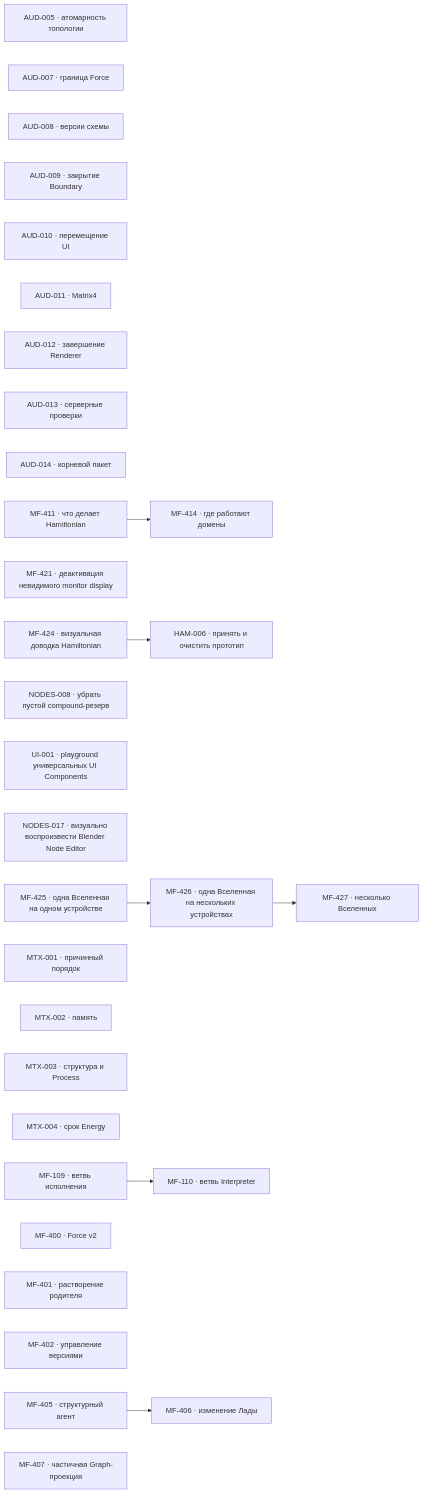
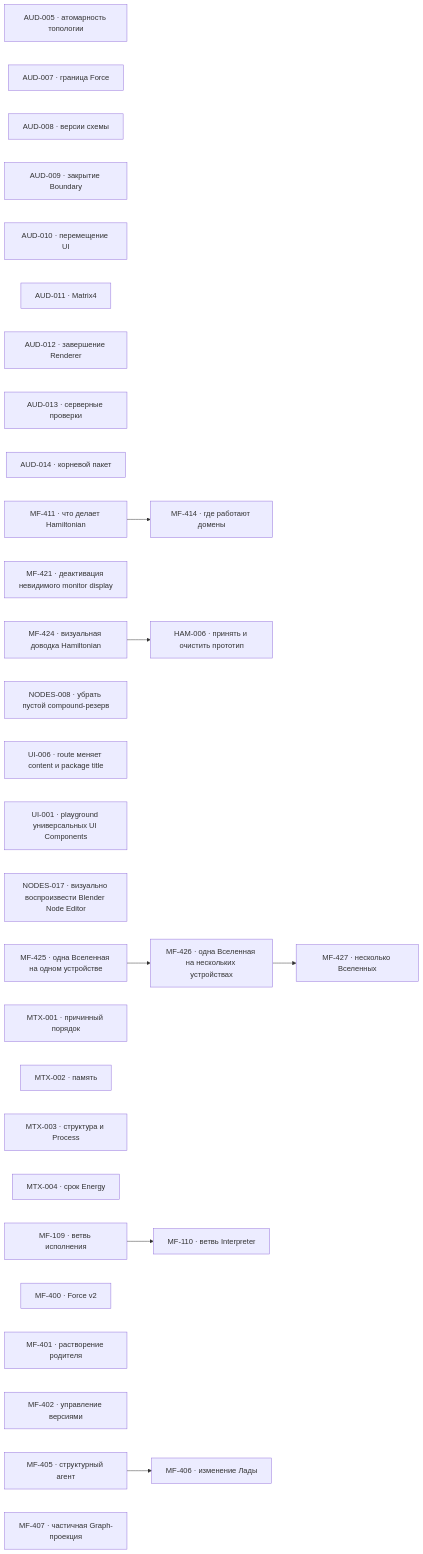
The diagram in project/TODO.md (zavx0z/metafor), drawn with Mermaid before and after one commit. The commit also changed other lines of this file and 1 other file, not shown here.

Commit message:
project(UI-006): start route content and title corrections

````diff
--- a/project/TODO.md
+++ b/project/TODO.md
@@ -13,41 +13,42 @@
 ```mermaid
 flowchart LR
     AUD005["AUD-005 · атомарность топологии"]
     AUD007["AUD-007 · граница Force"]
     AUD008["AUD-008 · версии схемы"]
     AUD009["AUD-009 · закрытие Boundary"]
     AUD010["AUD-010 · перемещение UI"]
     AUD011["AUD-011 · Matrix4"]
     AUD012["AUD-012 · завершение Renderer"]
     AUD013["AUD-013 · серверные проверки"]
     AUD014["AUD-014 · корневой пакет"]
     MF411["MF-411 · что делает Hamiltonian"]
     MF414["MF-414 · где работают домены"]
     MF421["MF-421 · деактивация невидимого monitor display"]
     MF424["MF-424 · визуальная доводка Hamiltonian"]
     HAM006["HAM-006 · принять и очистить прототип"]
     NODES008["NODES-008 · убрать пустой compound-резерв"]
+    UI006["UI-006 · route меняет content и package title"]
     UI001["UI-001 · playground универсальных UI Components"]
     NODES017["NODES-017 · визуально воспроизвести Blender Node Editor"]
     MF425["MF-425 · одна Вселенная на одном устройстве"]
     MF426["MF-426 · одна Вселенная на нескольких устройствах"]
     MF427["MF-427 · несколько Вселенных"]
     MTX001["MTX-001 · причинный порядок"]
     MTX002["MTX-002 · память"]
     MTX003["MTX-003 · структура и Process"]
     MTX004["MTX-004 · срок Energy"]
     MF109["MF-109 · ветвь исполнения"]
     MF110["MF-110 · ветвь Interpreter"]
     MF400["MF-400 · Force v2"]
     MF401["MF-401 · растворение родителя"]
     MF402["MF-402 · управление версиями"]
     MF405["MF-405 · структурный агент"]
     MF406["MF-406 · изменение Лады"]
     MF407["MF-407 · частичная Graph-проекция"]
     MF109 --> MF110
     MF405 --> MF406
     MF411 --> MF414
     MF424 --> HAM006
     MF425 --> MF426
     MF426 --> MF427
 ```
````
